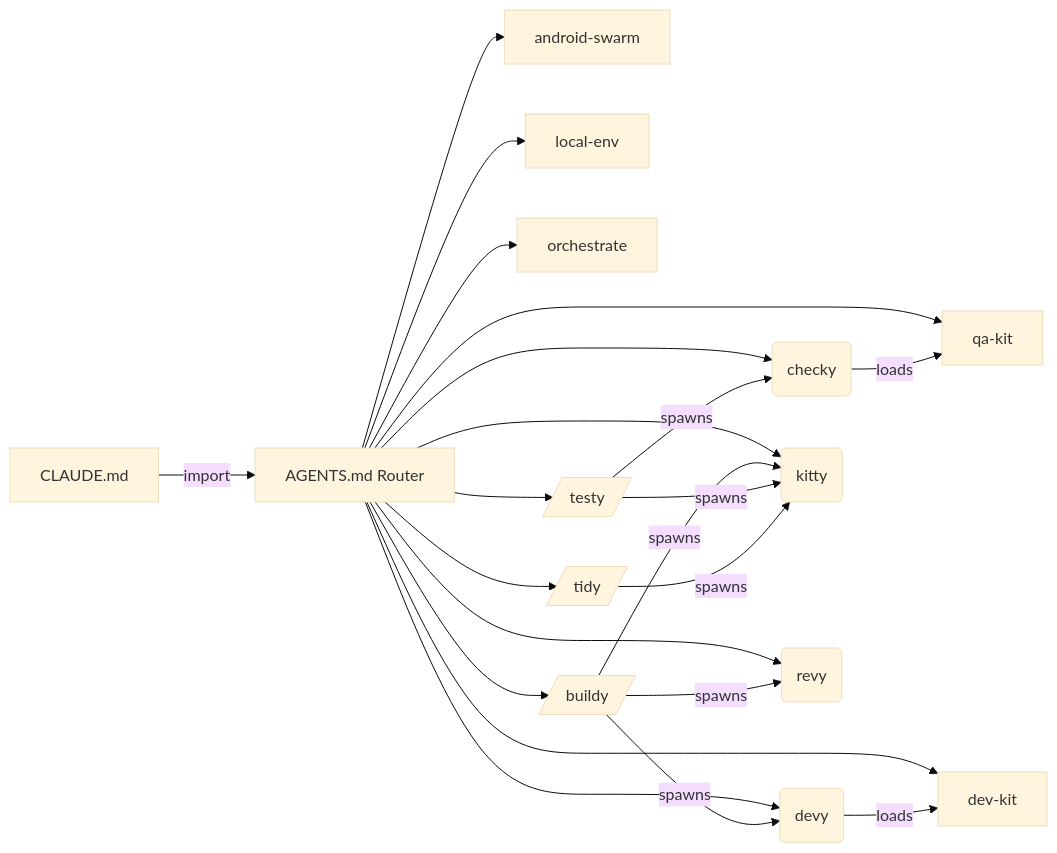
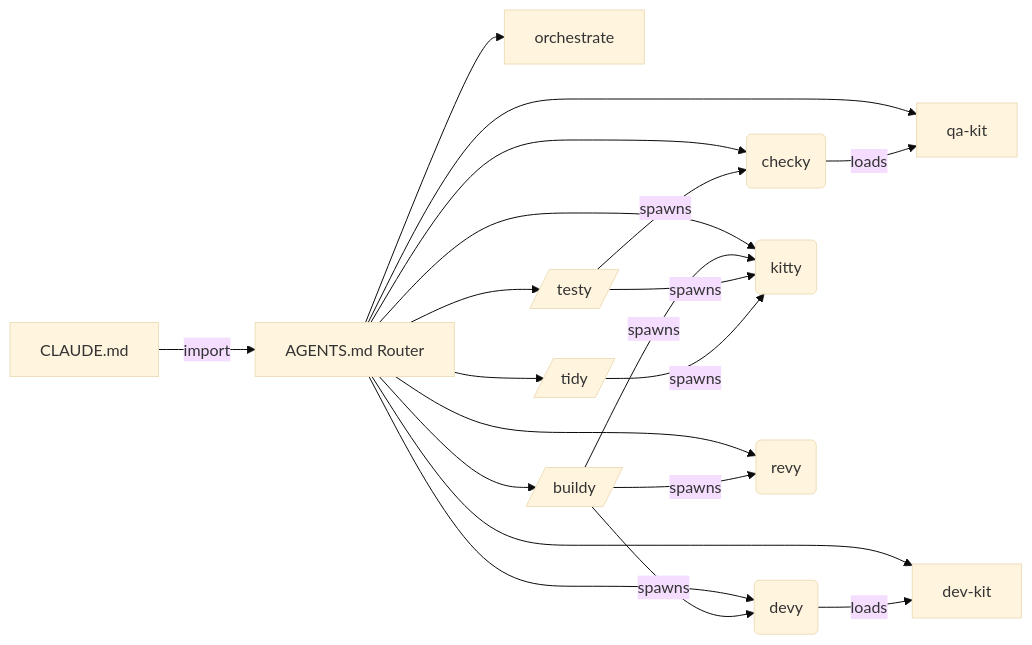
The third of 6 diagrams in README.md (prskid1000/claude-crew), drawn with Mermaid (base theme) before and after one commit. The commit also changed other lines of this file and 26 other files, not shown here.

First line of the commit message:
refactor(kit): local-env and android-swarm skills become extras

````diff
--- a/README.md
+++ b/README.md
@@ -275,36 +275,32 @@
 ```mermaid
 flowchart LR
   CLAUDE_md[CLAUDE.md] -->|import| AGENTS_md[AGENTS.md Router]
   agents_checky_md(checky)
   agents_devy_md(devy)
   agents_kitty_md(kitty)
   agents_revy_md(revy)
-  skills_android_swarm_SKILL_md[android-swarm]
   skills_dev_kit_SKILL_md[dev-kit]
-  skills_local_env_SKILL_md[local-env]
   skills_orchestrate_SKILL_md[orchestrate]
   skills_qa_kit_SKILL_md[qa-kit]
   workflows_buildy_js[/buildy/]
   workflows_testy_js[/testy/]
   workflows_tidy_js[/tidy/]
   AGENTS_md --> agents_checky_md
   AGENTS_md --> agents_devy_md
   AGENTS_md --> agents_kitty_md
   AGENTS_md --> agents_revy_md
-  AGENTS_md --> skills_android_swarm_SKILL_md
   AGENTS_md --> skills_dev_kit_SKILL_md
-  AGENTS_md --> skills_local_env_SKILL_md
   AGENTS_md --> skills_orchestrate_SKILL_md
   AGENTS_md --> skills_qa_kit_SKILL_md
   AGENTS_md --> workflows_buildy_js
   AGENTS_md --> workflows_testy_js
   AGENTS_md --> workflows_tidy_js
   workflows_buildy_js -->|spawns| agents_devy_md
   workflows_buildy_js -->|spawns| agents_kitty_md
   workflows_buildy_js -->|spawns| agents_revy_md
   workflows_testy_js -->|spawns| agents_checky_md
   workflows_testy_js -->|spawns| agents_kitty_md
   workflows_tidy_js -->|spawns| agents_kitty_md
   agents_checky_md -->|loads| skills_qa_kit_SKILL_md
   agents_devy_md -->|loads| skills_dev_kit_SKILL_md
 ```
````
